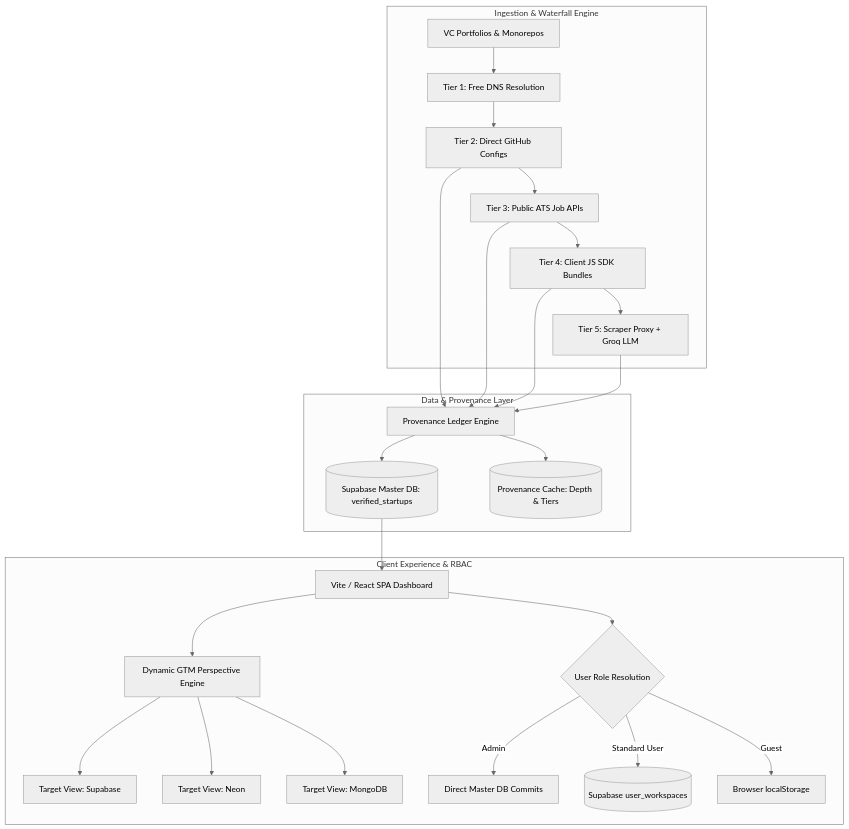
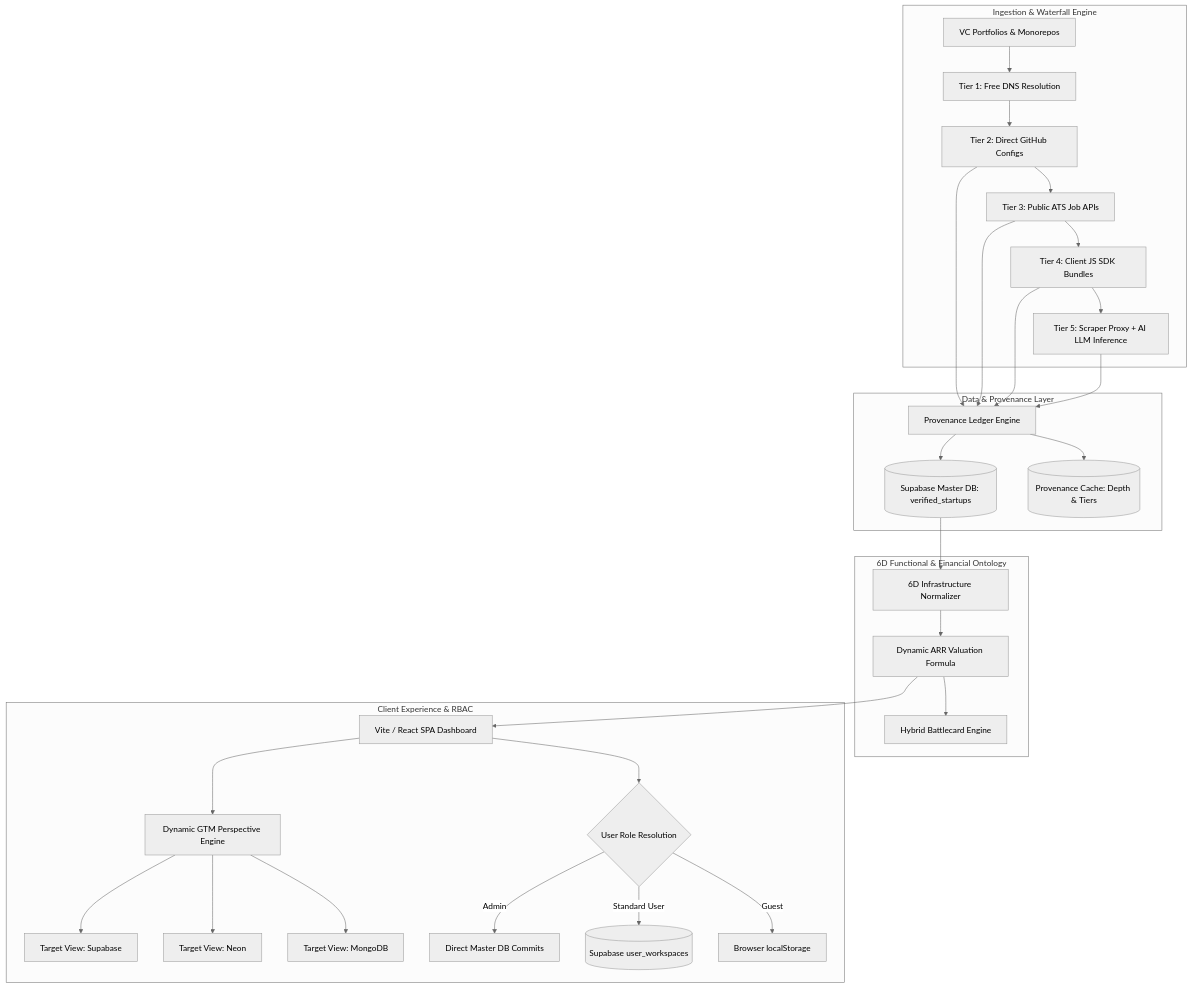
The first of 4 diagrams in docs/ARCHITECTURE.md (rounakbajpayee/stackpulse), drawn with Mermaid (neutral theme) before and after one commit. The commit also changed other lines of this file and 22 other files, not shown here.

Commit message:
feat(ontology): implement 6D functional infrastructure, financial pricing ontology, and hybrid AI battlecards

````diff
--- a/docs/ARCHITECTURE.md
+++ b/docs/ARCHITECTURE.md
@@ -11,29 +11,35 @@
 ```mermaid
 graph TD
     subgraph Ingestion & Waterfall Engine
         VC[VC Portfolios & Monorepos] --> T1[Tier 1: Free DNS Resolution]
         T1 --> T2[Tier 2: Direct GitHub Configs]
         T2 --> T3[Tier 3: Public ATS Job APIs]
         T3 --> T4[Tier 4: Client JS SDK Bundles]
-        T4 --> T5[Tier 5: Scraper Proxy + Groq LLM]
+        T4 --> T5[Tier 5: Scraper Proxy + AI LLM Inference]
     end
 
     subgraph Data & Provenance Layer
         T2 & T3 & T4 & T5 --> Prov[Provenance Ledger Engine]
         Prov --> Master[(Supabase Master DB: verified_startups)]
         Prov --> Cache[(Provenance Cache: Depth & Tiers)]
     end
 
+    subgraph 6D Functional & Financial Ontology
+        Master --> OntNorm[6D Infrastructure Normalizer]
+        OntNorm --> FinCalc[Dynamic ARR Valuation Formula]
+        FinCalc --> Battlecard[Hybrid Battlecard Engine]
+    end
+
     subgraph Client Experience & RBAC
-        Master --> App[Vite / React SPA Dashboard]
+        FinCalc --> App[Vite / React SPA Dashboard]
         App --> Lens[Dynamic GTM Perspective Engine]
         Lens --> SupabaseView[Target View: Supabase]
         Lens --> NeonView[Target View: Neon]
         Lens --> MongoView[Target View: MongoDB]
         
         App --> DeltaStore{User Role Resolution}
         DeltaStore -->|Admin| MasterWrite[Direct Master DB Commits]
         DeltaStore -->|Standard User| UserDelta[(Supabase user_workspaces)]
         DeltaStore -->|Guest| LocalDelta[Browser localStorage]
     end
 ```
````
